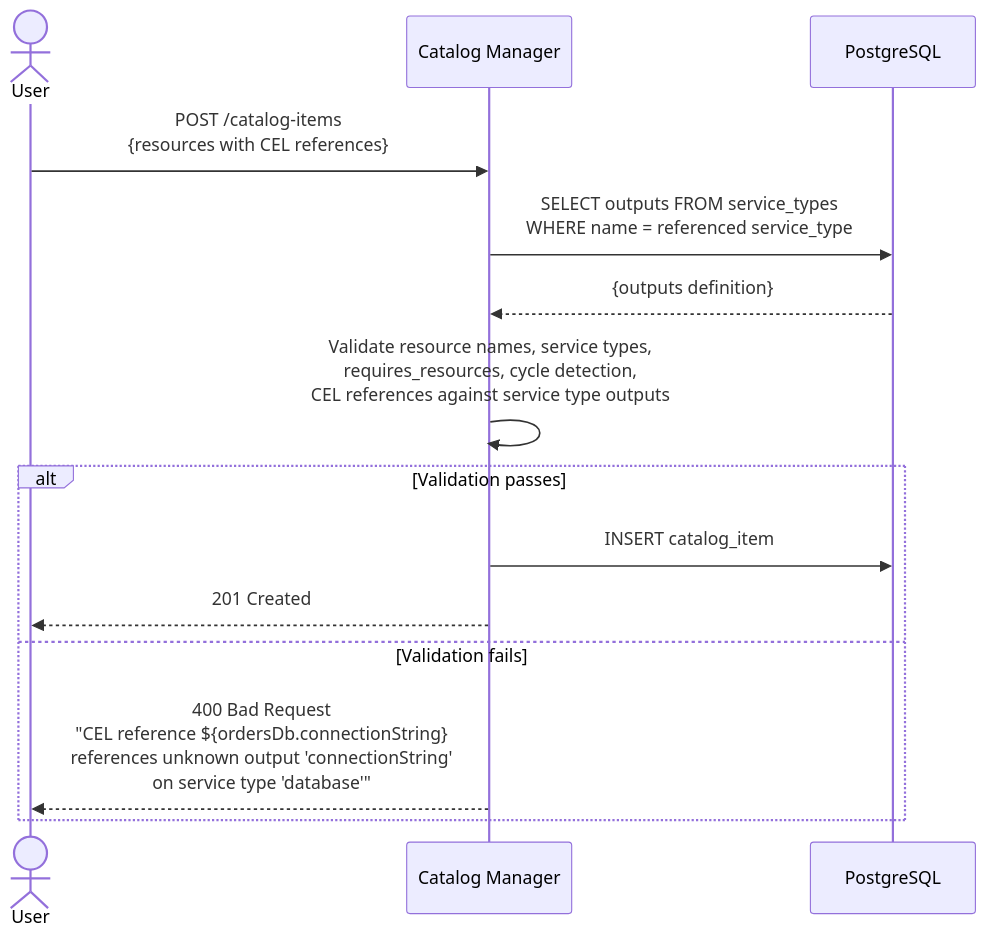
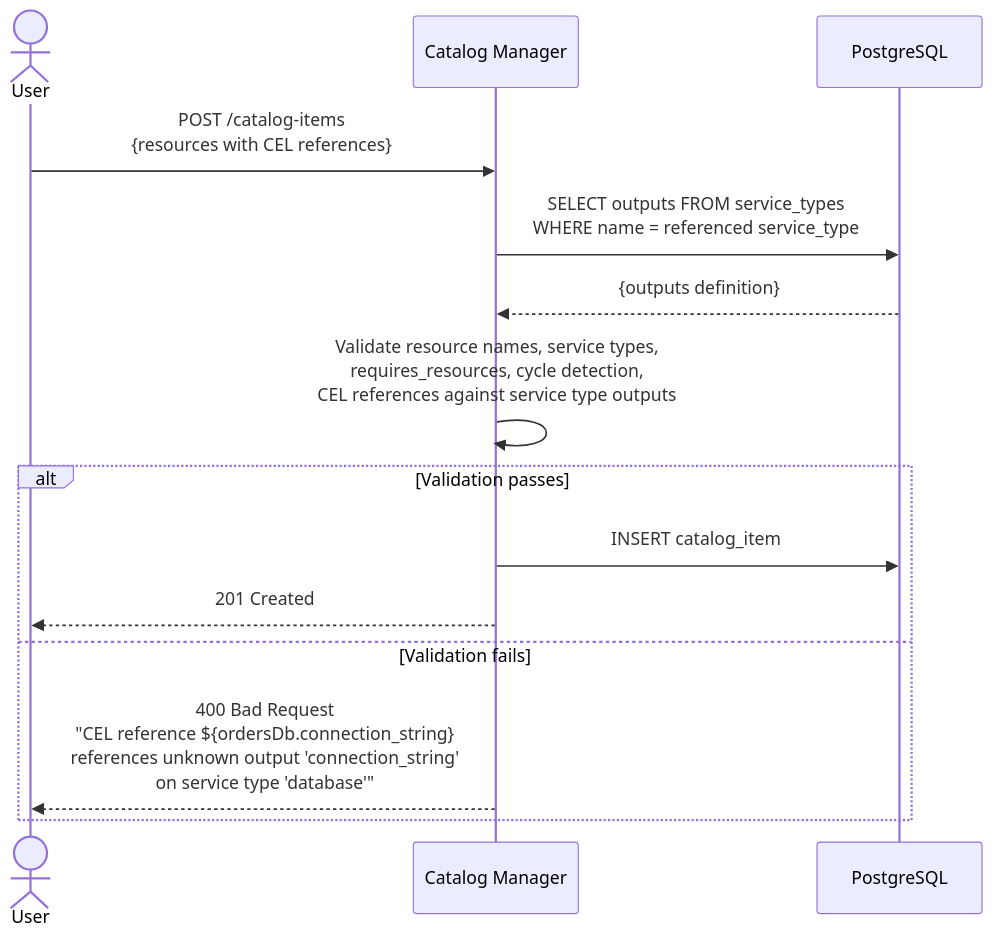
The second of 2 diagrams in enhancements/cross-provider-outputs/cross-provider-outputs.md (dcm-project/enhancements), drawn with Mermaid before and after one commit. The commit also changed other lines of this file and 1 other file, not shown here.

````diff
--- a/enhancements/cross-provider-outputs/cross-provider-outputs.md
+++ b/enhancements/cross-provider-outputs/cross-provider-outputs.md
@@ -327,20 +364,20 @@
 ```mermaid
 sequenceDiagram
     actor User
     participant CM as Catalog Manager
     participant DB as PostgreSQL
 
     User->>CM: POST /catalog-items<br/>{resources with CEL references}
 
     CM->>DB: SELECT outputs FROM service_types<br/>WHERE name = referenced service_type
     DB-->>CM: {outputs definition}
 
     CM->>CM: Validate resource names, service types,<br/>requires_resources, cycle detection,<br/>CEL references against service type outputs
 
     alt Validation passes
         CM->>DB: INSERT catalog_item
         CM-->>User: 201 Created
     else Validation fails
-        CM-->>User: 400 Bad Request<br/>"CEL reference ${ordersDb.connectionString}<br/>references unknown output 'connectionString'<br/>on service type 'database'"
+        CM-->>User: 400 Bad Request<br/>"CEL reference ${ordersDb.connection_string}<br/>references unknown output 'connection_string'<br/>on service type 'database'"
     end
 ```
````
